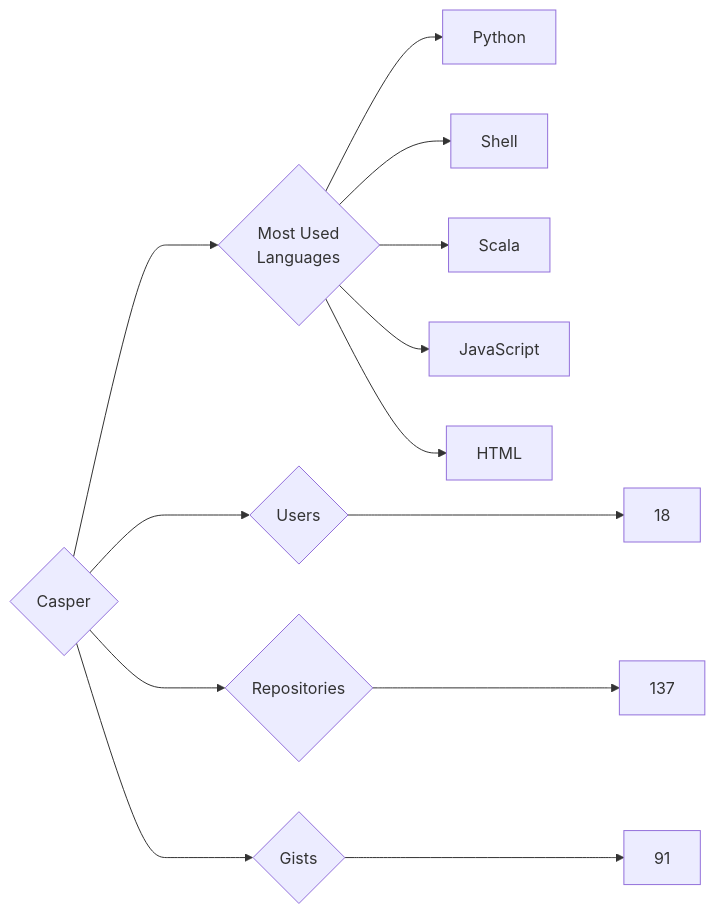
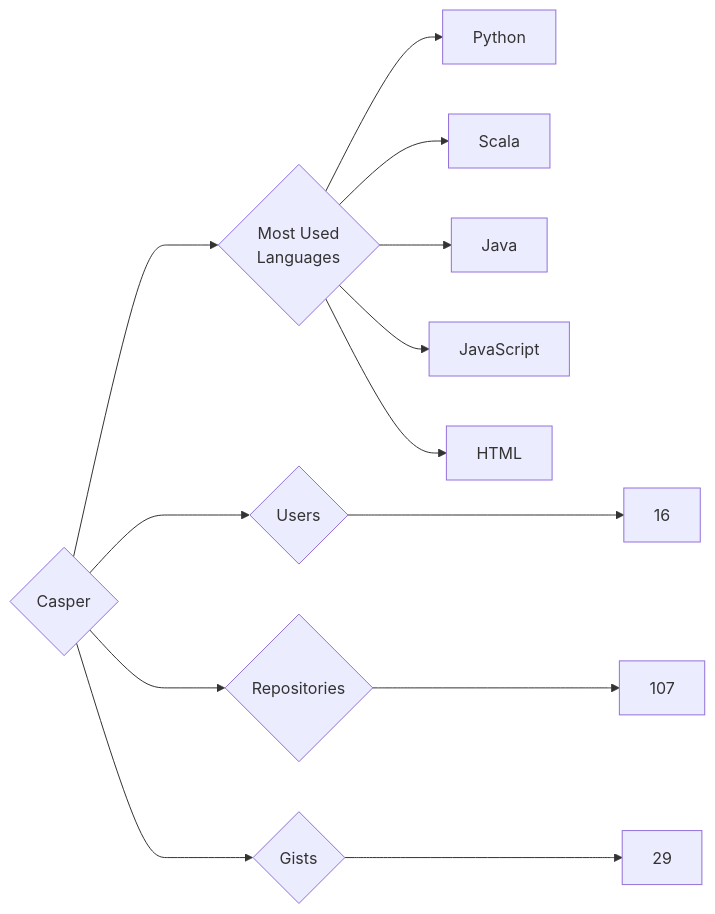
Before and after one commit to trickest/insiders: the diagram in targets/Casper/README.md, drawn with Mermaid. The commit also changed 826 other files, not shown here.

````diff
--- a/targets/Casper/README.md
+++ b/targets/Casper/README.md
@@ -3,13 +3,13 @@
 ```mermaid
 graph LR
 COMPANY_NAME{Casper}
-COMPANY_NAME ---> U{Users} ---> UN[18]
-COMPANY_NAME ---> R{Repositories} ---> RN[137]
-COMPANY_NAME ---> G{Gists} ---> GN[91]
+COMPANY_NAME ---> U{Users} ---> UN[16]
+COMPANY_NAME ---> R{Repositories} ---> RN[107]
+COMPANY_NAME ---> G{Gists} ---> GN[29]
 COMPANY_NAME ---> ML{Most Used<br>Languages}
 ML --> Python[Python]
-ML --> Shell[Shell]
 ML --> Scala[Scala]
+ML --> Java[Java]
 ML --> JavaScript[JavaScript]
 ML --> HTML[HTML]
 ```
````
